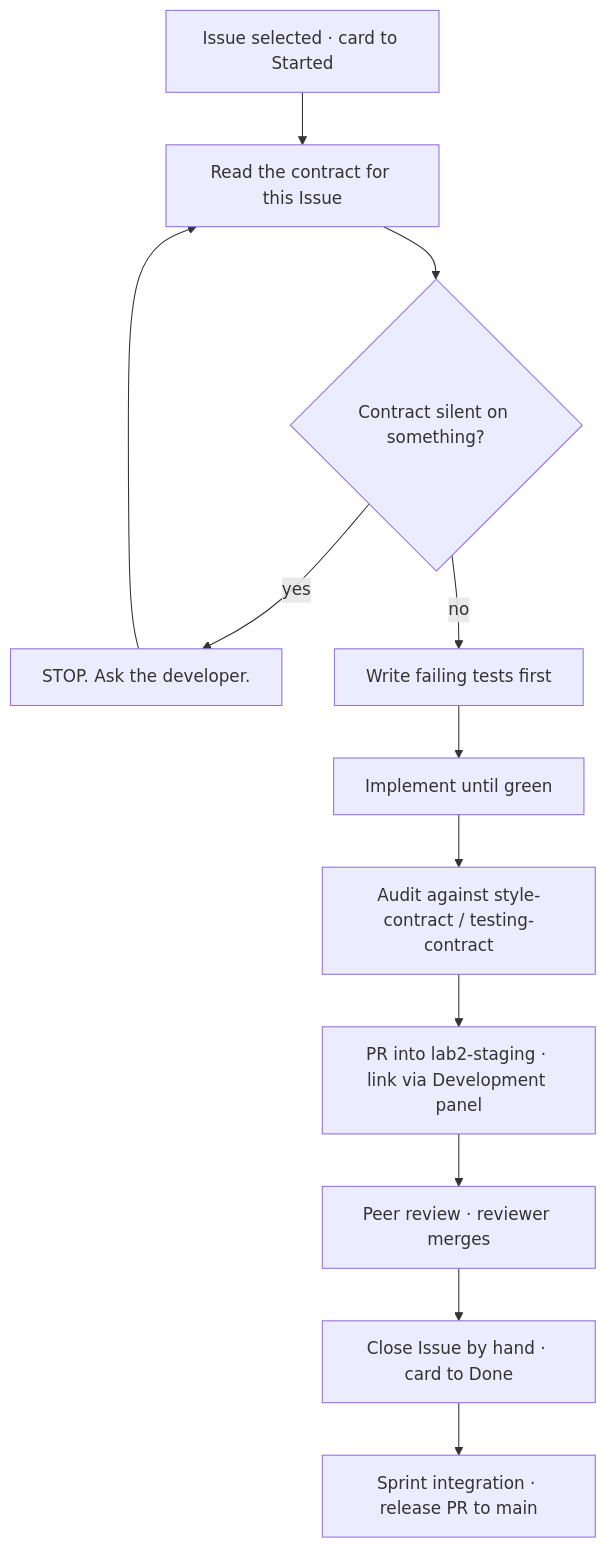
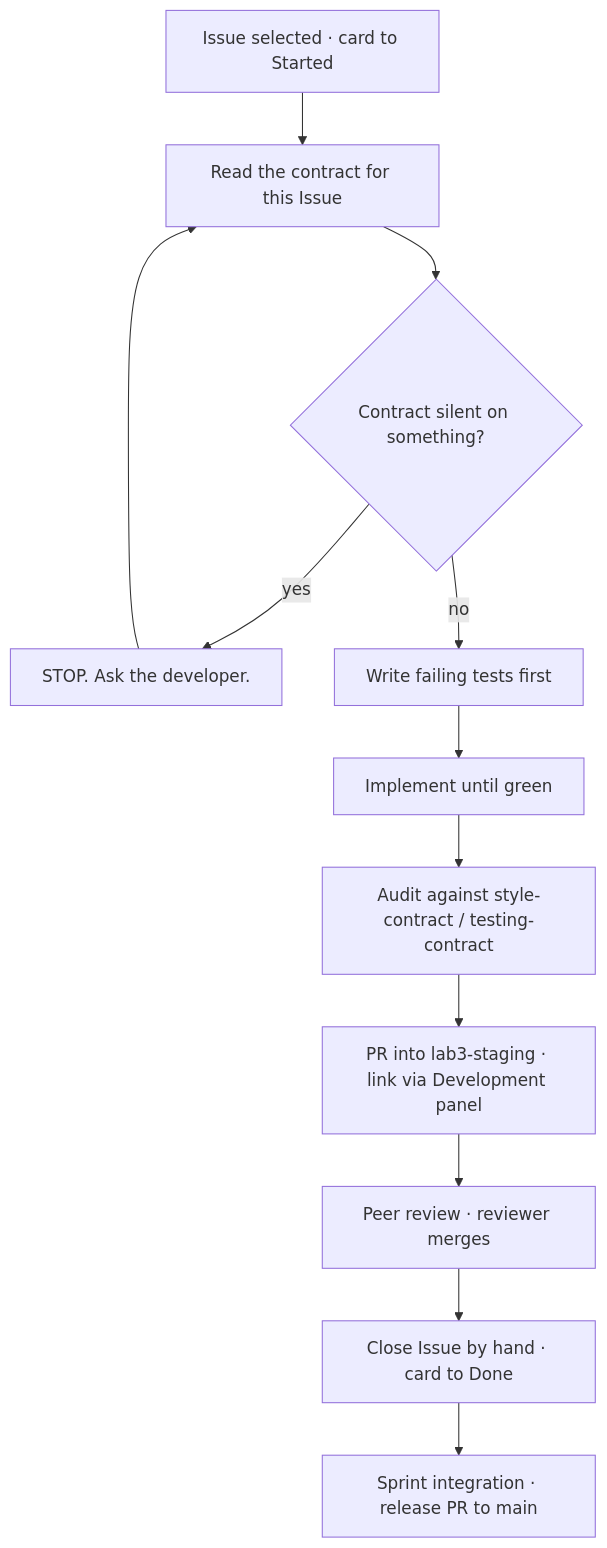
One commit to Palapluem/toktickit_cpe334 changed the diagram in AGENTS.md. Above: the diagram before and after it, drawn with Mermaid. The commit also changed other lines of this file and 9 other files, not shown here.

````diff
--- a/AGENTS.md
+++ b/AGENTS.md
@@ -54,13 +54,13 @@
 ```mermaid
 graph TD
     A[Issue selected · card to Started] --> B[Read the contract for this Issue]
     B --> C{Contract silent on something?}
     C -- yes --> D[STOP. Ask the developer.] --> B
     C -- no --> E[Write failing tests first]
     E --> F[Implement until green]
     F --> G[Audit against style-contract / testing-contract]
-    G --> H[PR into lab2-staging · link via Development panel]
+    G --> H[PR into lab3-staging · link via Development panel]
     H --> I[Peer review · reviewer merges]
     I --> J[Close Issue by hand · card to Done]
     J --> K[Sprint integration · release PR to main]
 ```
````
